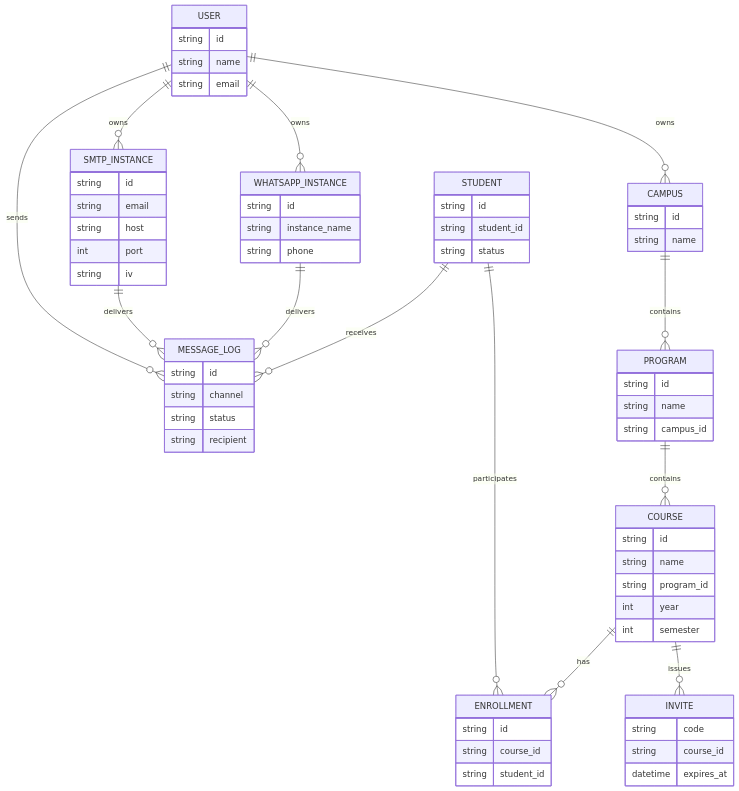
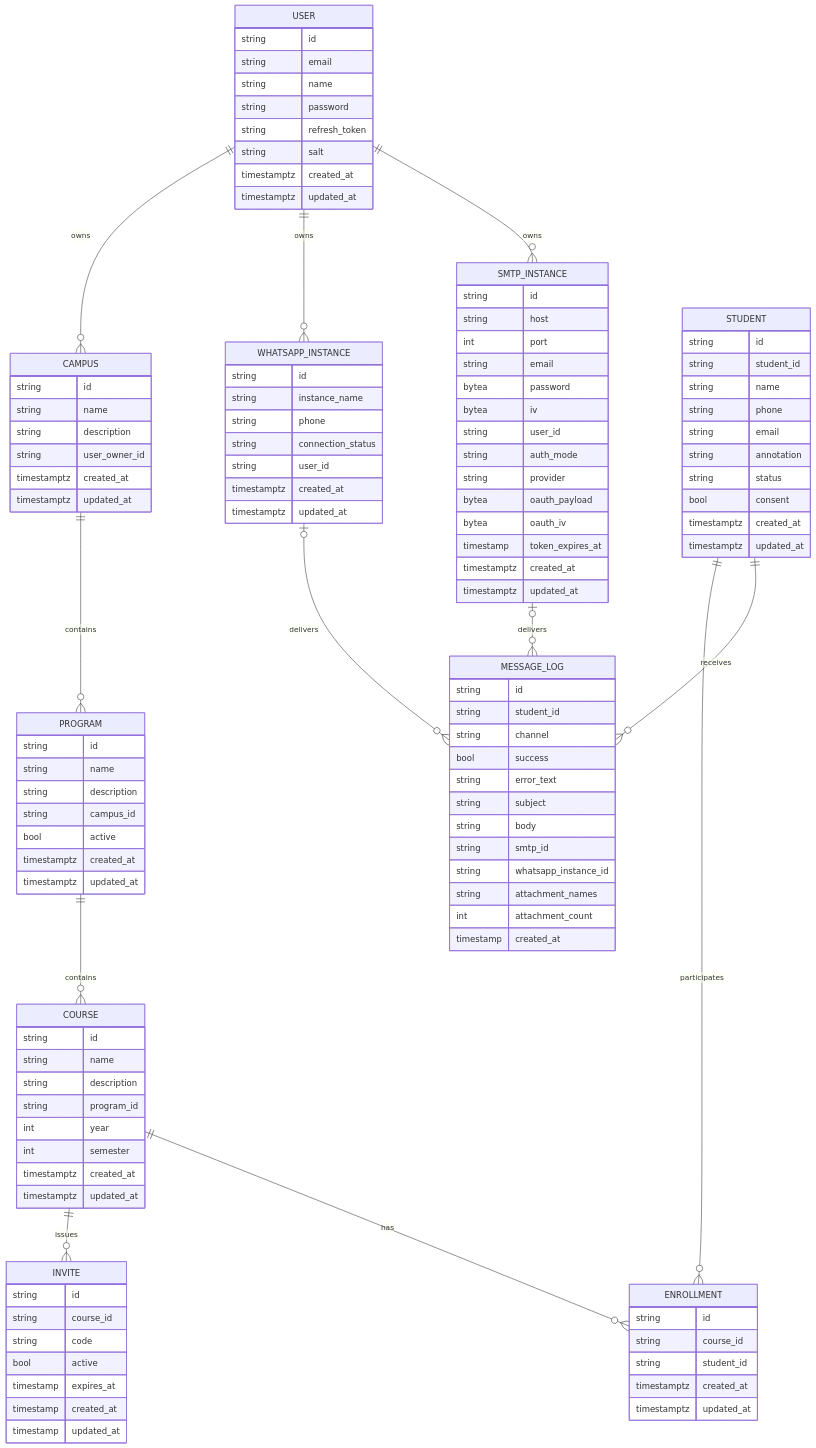
One commit to ThalysSilva/unicast-backend changed the seventh of 8 diagrams in README.md. Above: the diagram before and after it, drawn with Mermaid. The commit also changed other lines of this file, not shown here.

Commit message:
feat: atualizando readme

````diff
--- a/README.md
+++ b/README.md
@@ -282,7 +302,6 @@
     USER ||--o{ CAMPUS : owns
     USER ||--o{ WHATSAPP_INSTANCE : owns
     USER ||--o{ SMTP_INSTANCE : owns
-    USER ||--o{ MESSAGE_LOG : sends
 
     CAMPUS ||--o{ PROGRAM : contains
     PROGRAM ||--o{ COURSE : contains
@@ -292,61 +311,111 @@
     STUDENT ||--o{ ENROLLMENT : participates
     STUDENT ||--o{ MESSAGE_LOG : receives
 
-    WHATSAPP_INSTANCE ||--o{ MESSAGE_LOG : delivers
-    SMTP_INSTANCE ||--o{ MESSAGE_LOG : delivers
+    WHATSAPP_INSTANCE |o--o{ MESSAGE_LOG : delivers
+    SMTP_INSTANCE |o--o{ MESSAGE_LOG : delivers
 
     USER {
         string id
+        string email
         string name
-        string email
+        string password
+        string refresh_token
+        string salt
+        timestamptz created_at
+        timestamptz updated_at
     }
     CAMPUS {
         string id
         string name
+        string description
+        string user_owner_id
+        timestamptz created_at
+        timestamptz updated_at
     }
     PROGRAM {
         string id
         string name
+        string description
         string campus_id
+        bool active
+        timestamptz created_at
+        timestamptz updated_at
     }
     COURSE {
         string id
         string name
+        string description
         string program_id
-        int    year
-        int    semester
+        int year
+        int semester
+        timestamptz created_at
+        timestamptz updated_at
     }
     STUDENT {
         string id
         string student_id
+        string name
+        string phone
+        string email
+        string annotation
         string status
+        bool consent
+        timestamptz created_at
+        timestamptz updated_at
     }
     ENROLLMENT {
         string id
         string course_id
         string student_id
+        timestamptz created_at
+        timestamptz updated_at
     }
     INVITE {
+        string id
+        string course_id
         string code
-        string course_id
-        datetime expires_at
+        bool active
+        timestamp expires_at
+        timestamp created_at
+        timestamp updated_at
     }
     WHATSAPP_INSTANCE {
         string id
         string instance_name
         string phone
+        string connection_status
+        string user_id
+        timestamptz created_at
+        timestamptz updated_at
     }
     SMTP_INSTANCE {
         string id
+        string host
+        int port
         string email
-        string host
-        int    port
-        string iv
+        bytea password
+        bytea iv
+        string user_id
+        string auth_mode
+        string provider
+        bytea oauth_payload
+        bytea oauth_iv
+        timestamp token_expires_at
+        timestamptz created_at
+        timestamptz updated_at
     }
     MESSAGE_LOG {
         string id
+        string student_id
         string channel
-        string status
-        string recipient
+        bool success
+        string error_text
+        string subject
+        string body
+        string smtp_id
+        string whatsapp_instance_id
+        string attachment_names
+        int attachment_count
+        timestamp created_at
     }
 ```
````
